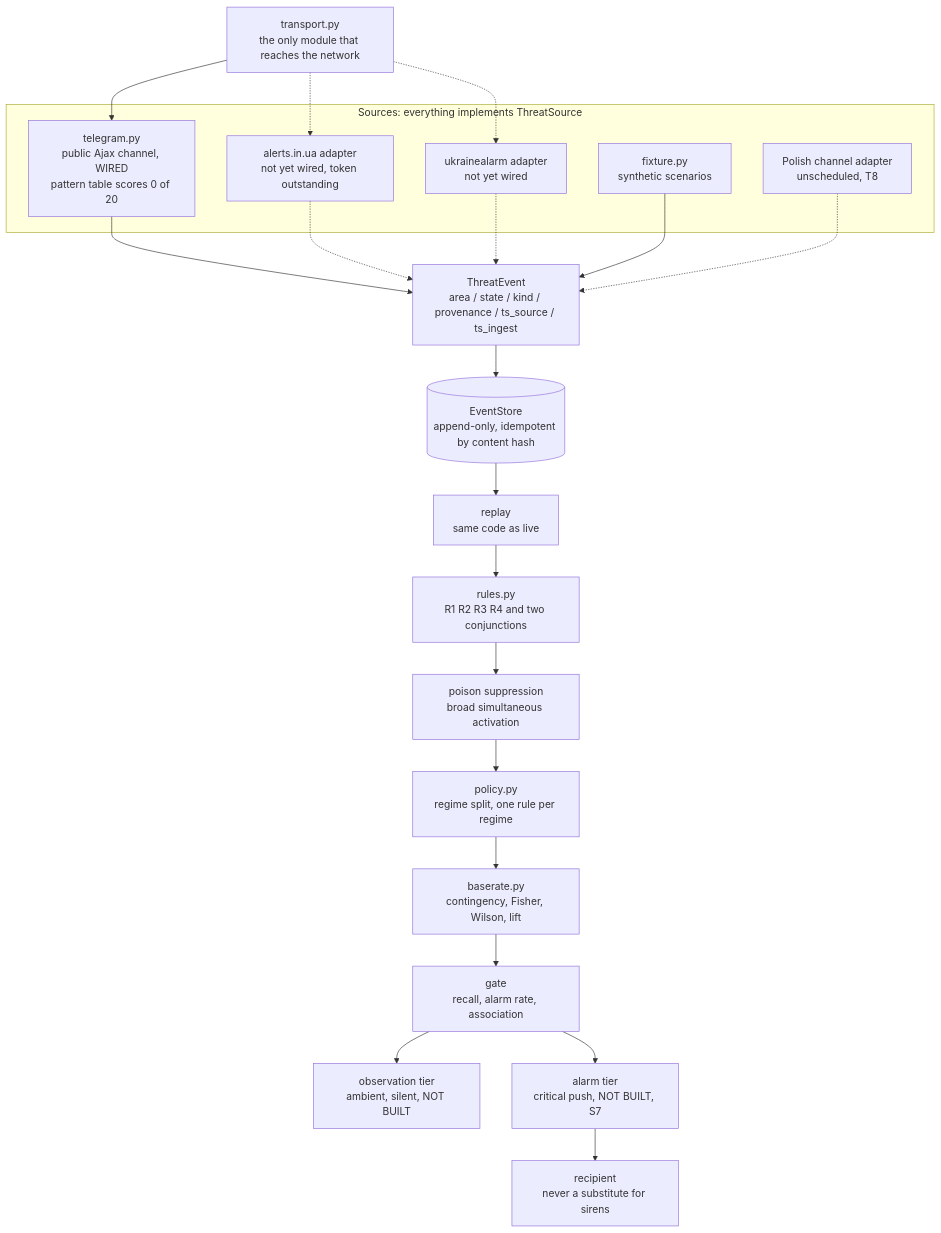
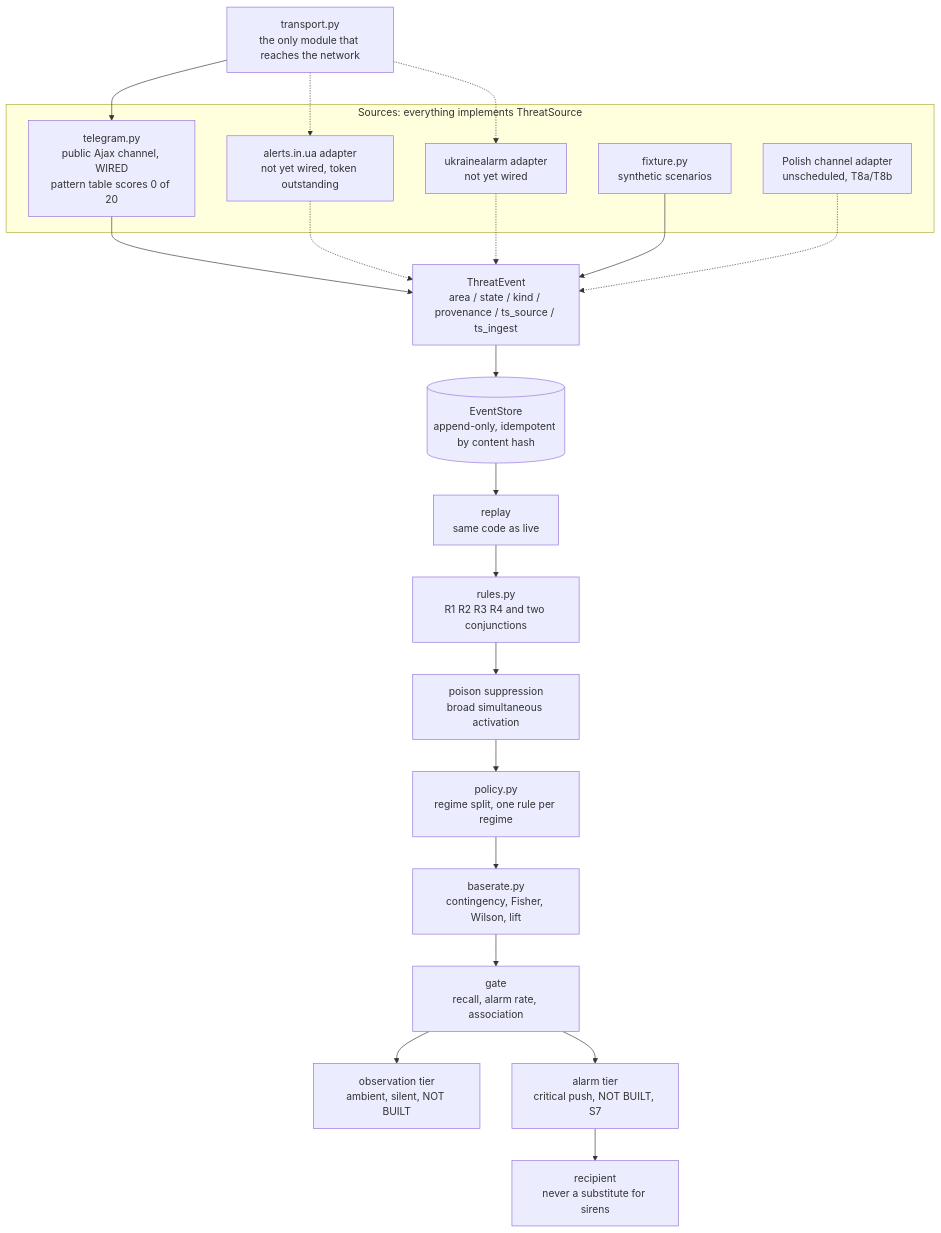
One commit to jerzy99jerzy/air-alert-early-warning changed the diagram in docs/ARCHITECTURE.md. Above: the diagram before and after it, drawn with Mermaid. The commit also changed 11 other files, not shown here.

````diff
--- a/docs/ARCHITECTURE.md
+++ b/docs/ARCHITECTURE.md
@@ -32,31 +32,31 @@
 ```mermaid
 flowchart TD
     NET["transport.py<br/>the only module that reaches the network"]
     subgraph IN["Sources: everything implements ThreatSource"]
         TG["telegram.py<br/>public Ajax channel, WIRED<br/>pattern table scores 0 of 20"]
         UA["alerts.in.ua adapter<br/>not yet wired, token outstanding"]
         OFF["ukrainealarm adapter<br/>not yet wired"]
         FIX["fixture.py<br/>synthetic scenarios"]
-        PL["Polish channel adapter<br/>unscheduled, T8"]
+        PL["Polish channel adapter<br/>unscheduled, T8a/T8b"]
     end
     NET --> TG
     NET -.-> UA
     NET -.-> OFF
     TG --> EV
     UA -.-> EV
     OFF -.-> EV
     FIX --> EV
     PL -.-> EV
 
     EV["ThreatEvent<br/>area / state / kind / provenance / ts_source / ts_ingest"]
     EV --> STORE[("EventStore<br/>append-only, idempotent by content hash")]
     STORE --> REPLAY["replay<br/>same code as live"]
     REPLAY --> RULES["rules.py<br/>R1 R2 R3 R4 and two conjunctions"]
     RULES --> SUPPRESS["poison suppression<br/>broad simultaneous activation"]
     SUPPRESS --> POLICY["policy.py<br/>regime split, one rule per regime"]
     POLICY --> BASE["baserate.py<br/>contingency, Fisher, Wilson, lift"]
     BASE --> GATE["gate<br/>recall, alarm rate, association"]
     GATE --> OBS["observation tier<br/>ambient, silent, NOT BUILT"]
     GATE --> ALARM["alarm tier<br/>critical push, NOT BUILT, S7"]
     ALARM --> HUMAN["recipient<br/>never a substitute for sirens"]
 ```
````
